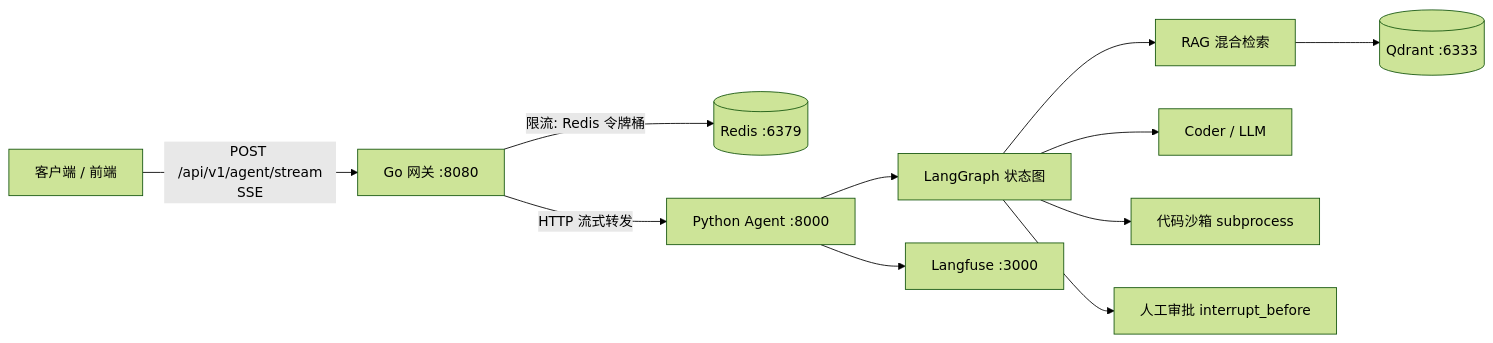
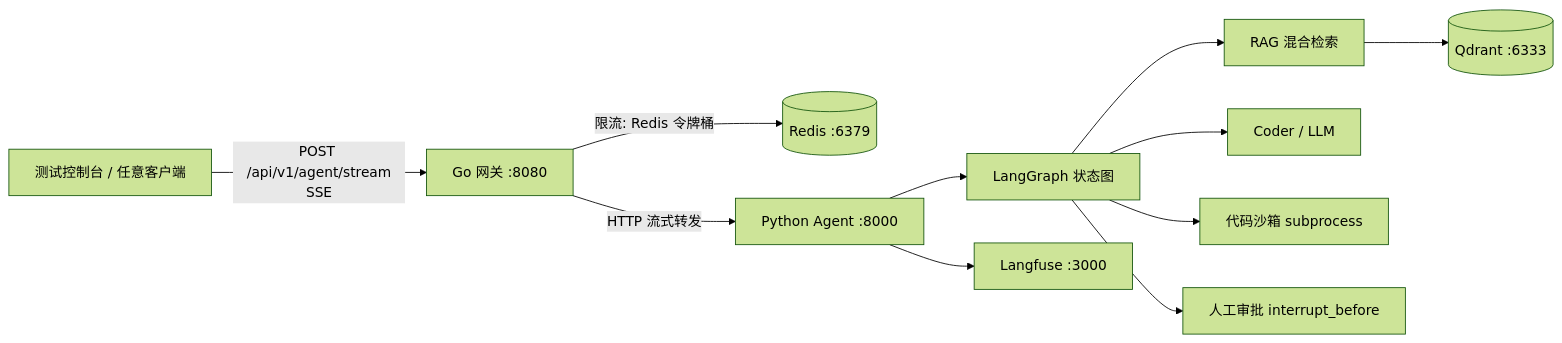
Before and after one commit to liutianyu12345/enterprise_agent_hub: the first of 2 diagrams in docs/项目文档.md, drawn with Mermaid (forest theme). The commit also changed other lines of this file and 2 other files, not shown here.

````diff
--- a/docs/项目文档.md
+++ b/docs/项目文档.md
@@ -18,13 +18,13 @@
 ```mermaid
 flowchart LR
-    U[客户端 / 前端] -->|POST /api/v1/agent/stream<br/>SSE| G[Go 网关 :8080]
+    U[测试控制台 / 任意客户端] -->|POST /api/v1/agent/stream<br/>SSE| G[Go 网关 :8080]
     G -->|限流: Redis 令牌桶| R[(Redis :6379)]
     G -->|HTTP 流式转发| A[Python Agent :8000]
     A --> LG[LangGraph 状态图]
     LG --> RAG[RAG 混合检索]
     LG --> COD[Coder / LLM]
     LG --> SBX[代码沙箱 subprocess]
     LG --> APV[人工审批 interrupt_before]
     RAG --> Q[(Qdrant :6333)]
     A --> LF[Langfuse :3000]
 ```
````
